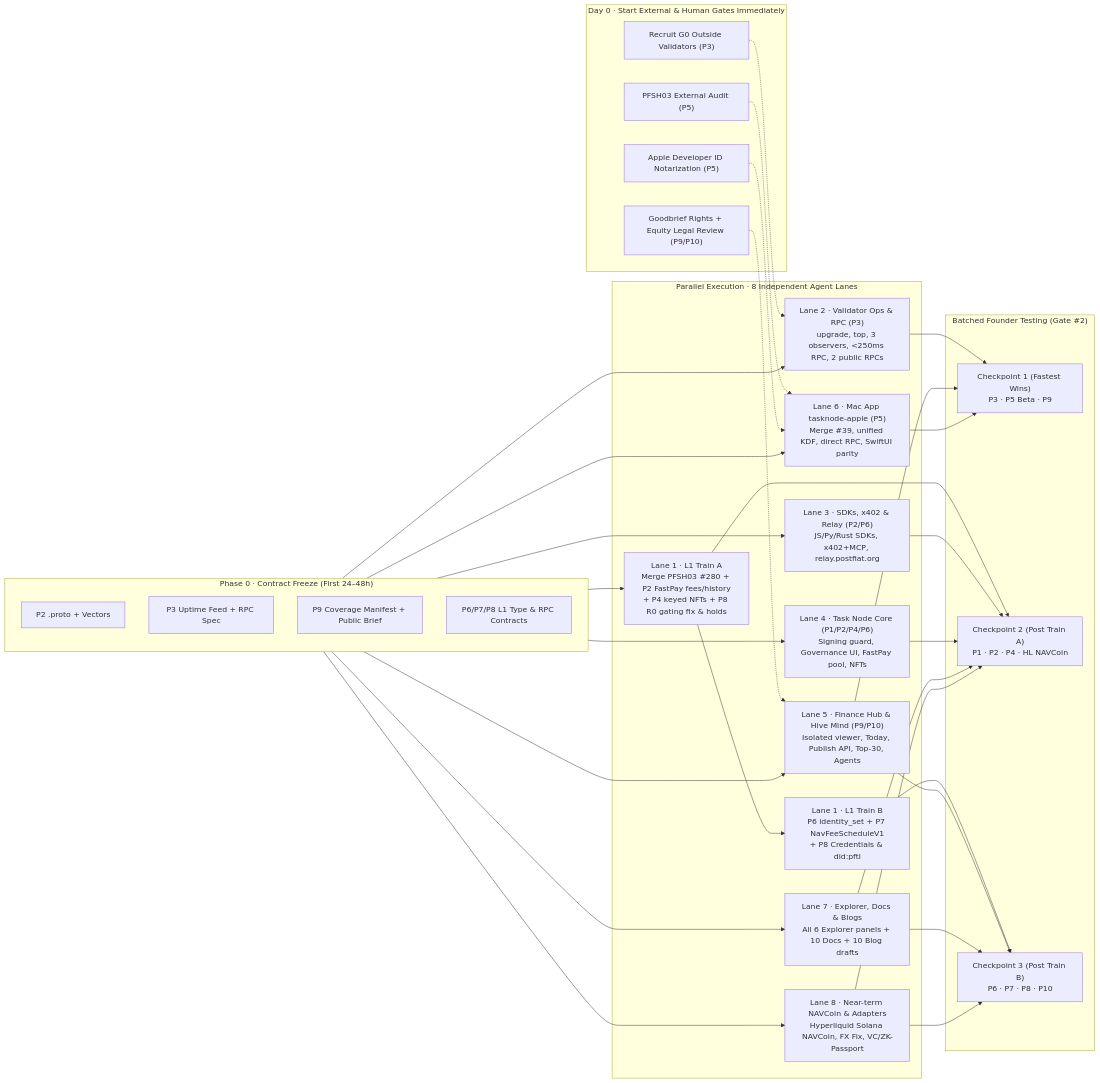
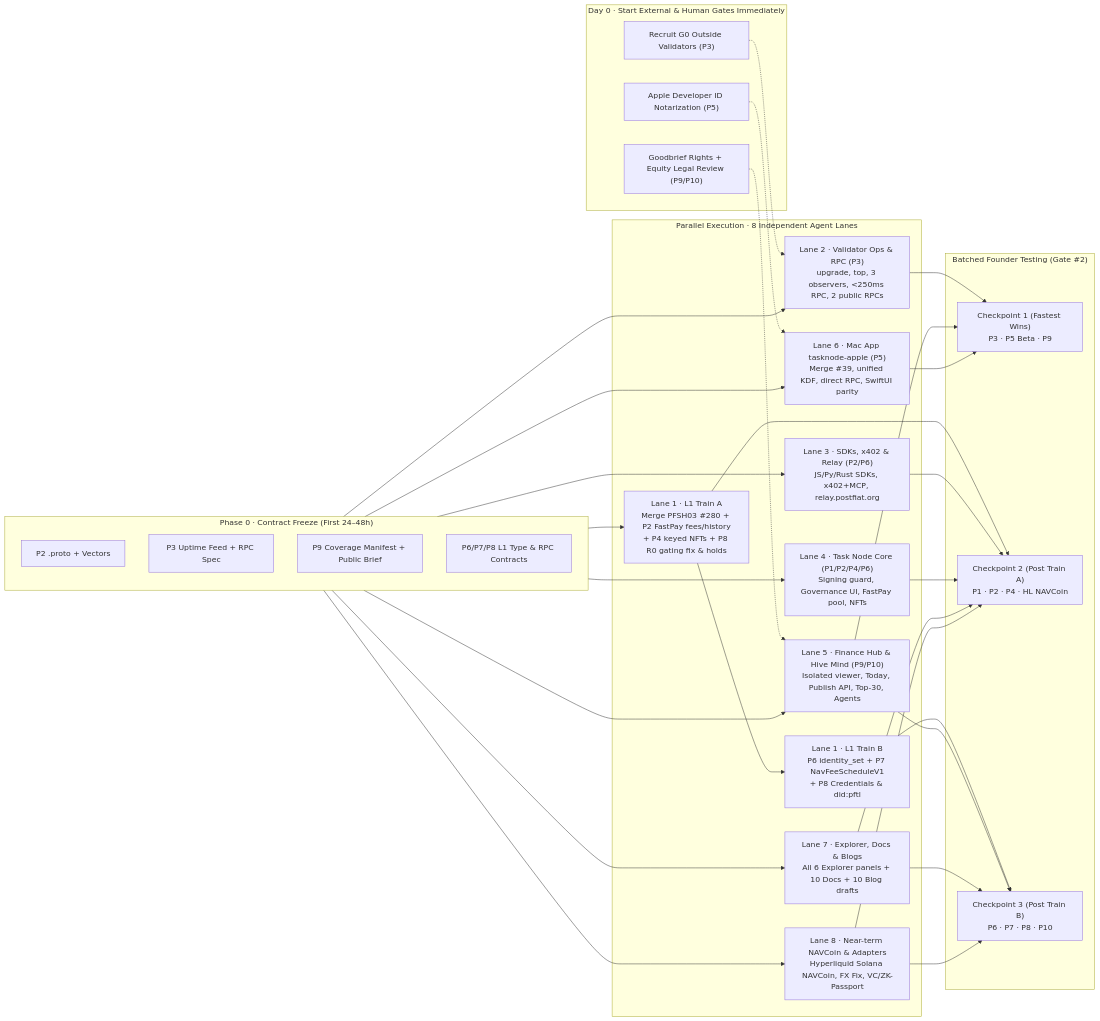
One commit to postfiatorg/postfiatl1v2 changed the second of 3 diagrams in big_milestone/README.md. Above: the diagram before and after it, drawn with Mermaid. The commit also changed other lines of this file and 2 other files, not shown here.

Commit message:
docs(big-milestone): remove all external audit references (deferred to later)

````diff
--- a/big_milestone/README.md
+++ b/big_milestone/README.md
@@ -159,44 +159,42 @@
 ```mermaid
 flowchart LR
     subgraph D0["Day 0 · Start External & Human Gates Immediately"]
-      E1["PFSH03 External Audit (P5)"]
       E2["Goodbrief Rights + Equity Legal Review (P9/P10)"]
       E3["Apple Developer ID Notarization (P5)"]
       E4["Recruit G0 Outside Validators (P3)"]
     end
 
     subgraph P0["Phase 0 · Contract Freeze (First 24–48h)"]
       C1["P2 .proto + Vectors"]
       C2["P3 Uptime Feed + RPC Spec"]
       C3["P9 Coverage Manifest + Public Brief"]
       C4["P6/P7/P8 L1 Type & RPC Contracts"]
     end
 
     subgraph W1["Parallel Execution · 8 Independent Agent Lanes"]
       L1A["Lane 1 · L1 Train A<br/>Merge PFSH03 #280 + P2 FastPay fees/history<br/>+ P4 keyed NFTs + P8 R0 gating fix & holds"]
       L1B["Lane 1 · L1 Train B<br/>P6 identity_set + P7 NavFeeScheduleV1<br/>+ P8 Credentials & did:pftl"]
       L2["Lane 2 · Validator Ops & RPC (P3)<br/>upgrade, top, 3 observers, <250ms RPC, 2 public RPCs"]
       L3["Lane 3 · SDKs, x402 & Relay (P2/P6)<br/>JS/Py/Rust SDKs, x402+MCP, relay.postfiat.org"]
       L4["Lane 4 · Task Node Core (P1/P2/P4/P6)<br/>Signing guard, Governance UI, FastPay pool, NFTs"]
       L5["Lane 5 · Finance Hub & Hive Mind (P9/P10)<br/>Isolated viewer, Today, Publish API, Top-30, Agents"]
       L6["Lane 6 · Mac App tasknode-apple (P5)<br/>Merge #39, unified KDF, direct RPC, SwiftUI parity"]
       L7["Lane 7 · Explorer, Docs & Blogs<br/>All 6 Explorer panels + 10 Docs + 10 Blog drafts"]
       L8["Lane 8 · Near-term NAVCoin & Adapters<br/>Hyperliquid Solana NAVCoin, FX Fix, VC/ZK-Passport"]
     end
 
     subgraph UAT["Batched Founder Testing (Gate #2)"]
       U1["Checkpoint 1 (Fastest Wins)<br/>P3 · P5 Beta · P9"]
       U2["Checkpoint 2 (Post Train A)<br/>P1 · P2 · P4 · HL NAVCoin"]
       U3["Checkpoint 3 (Post Train B)<br/>P6 · P7 · P8 · P10"]
     end
 
     P0 --> L1A --> L1B
     P0 --> L2 & L3 & L4 & L5 & L6 & L7 & L8
     L2 & L5 & L6 --> U1
     L1A & L3 & L4 & L7 & L8 --> U2
     L1B & L5 & L7 & L8 --> U3
-    E1 -.-> L6
     E2 -.-> L5
     E3 -.-> L6
     E4 -.-> L2
 ```
````
